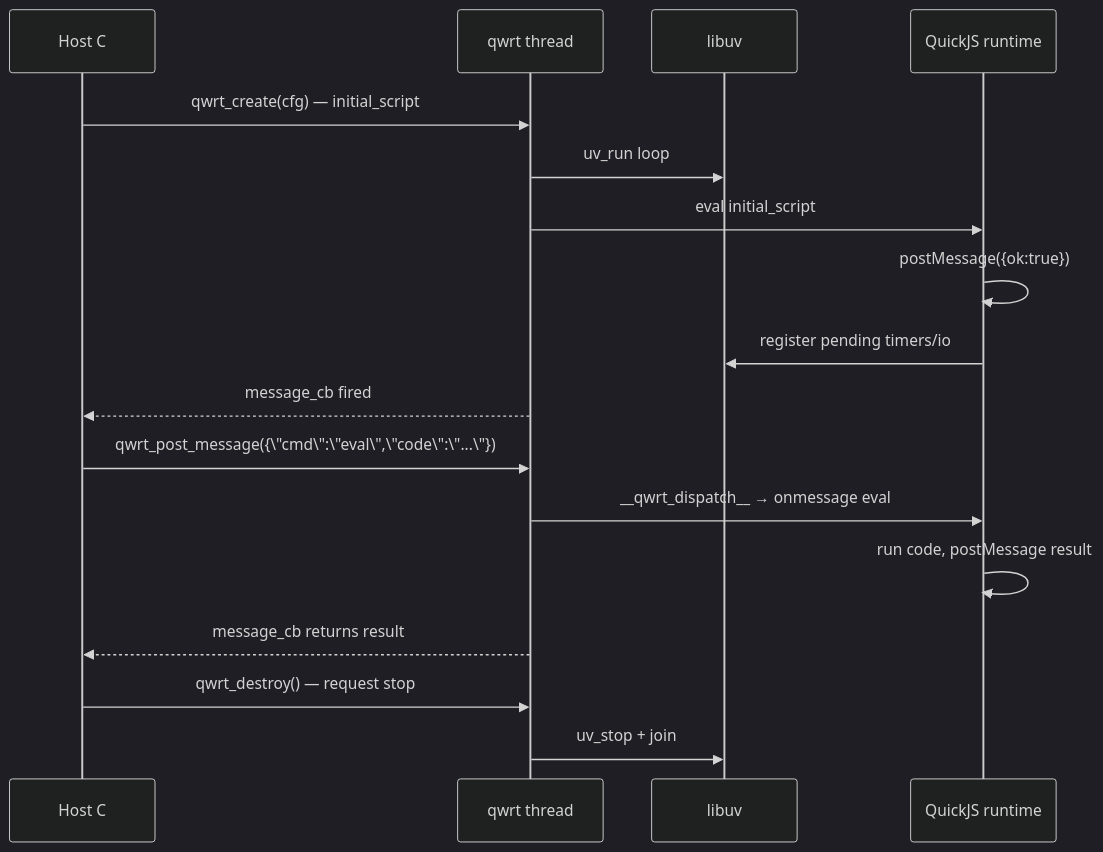
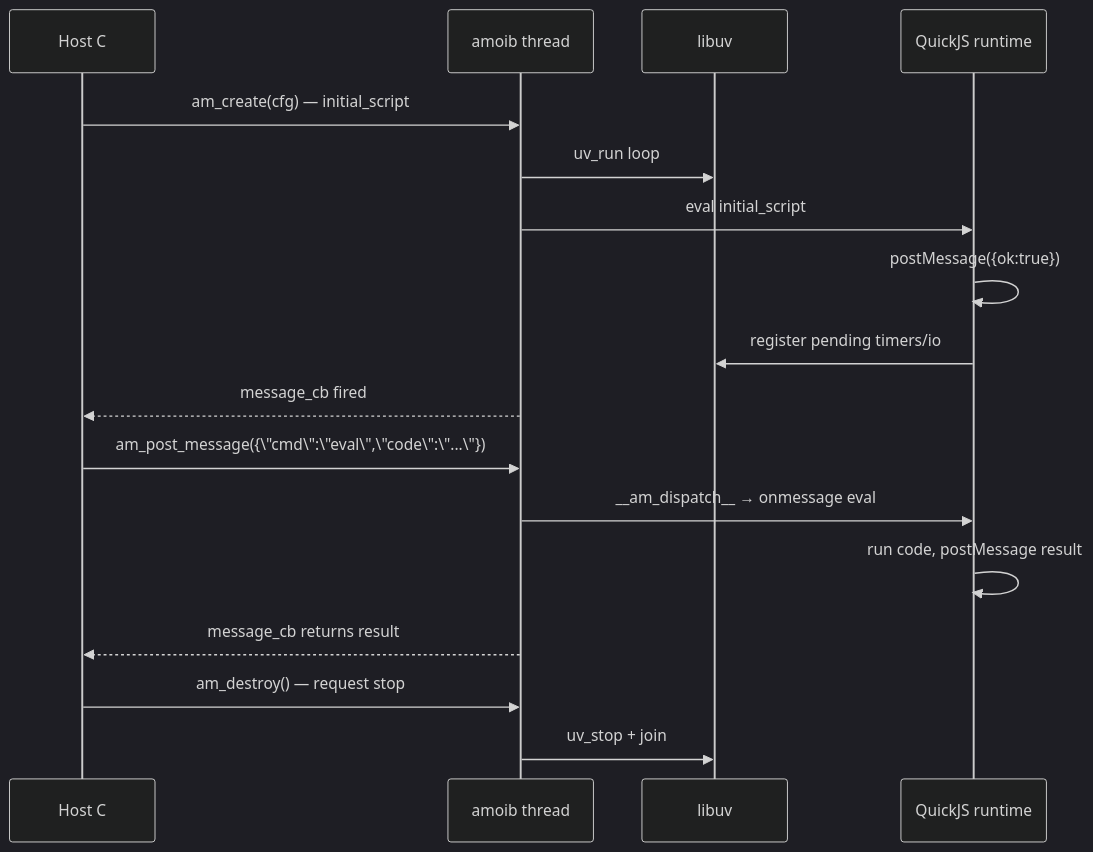
One commit to adam-ikari/qwrt changed the diagram in brain/flow.md. Above: the diagram before and after it, drawn with Mermaid (dark theme). The commit also changed other lines of this file and 357 other files, not shown here.

First line of the commit message:
chore: 项目改名为 amoib（Amoib.js）—— API 前缀 qwrt_→am_，宏 QWRT_→AM_

````diff
--- a/brain/flow.md
+++ b/brain/flow.md
@@ -12,19 +12,19 @@
 ```mermaid
 sequenceDiagram
   participant H as Host C
-  participant Q as qwrt thread
+  participant Q as amoib thread
   participant L as libuv
   participant J as QuickJS runtime
-  H->>Q: qwrt_create(cfg) — initial_script
+  H->>Q: am_create(cfg) — initial_script
   Q->>L: uv_run loop
   Q->>J: eval initial_script
   J->>J: postMessage({ok:true})
   J->>L: register pending timers/io
   Q-->>H: message_cb fired
-  H->>Q: qwrt_post_message({\"cmd\":\"eval\",\"code\":\"...\"})
-  Q->>J: __qwrt_dispatch__ → onmessage eval
+  H->>Q: am_post_message({\"cmd\":\"eval\",\"code\":\"...\"})
+  Q->>J: __am_dispatch__ → onmessage eval
   J->>J: run code, postMessage result
   Q-->>H: message_cb returns result
-  H->>Q: qwrt_destroy() — request stop
+  H->>Q: am_destroy() — request stop
   Q->>L: uv_stop + join
 ```
````
